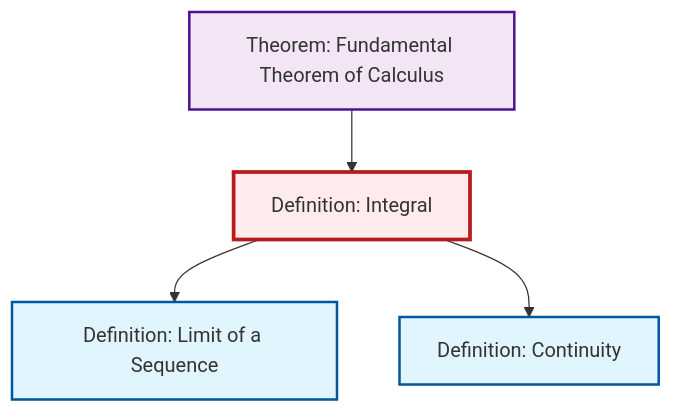
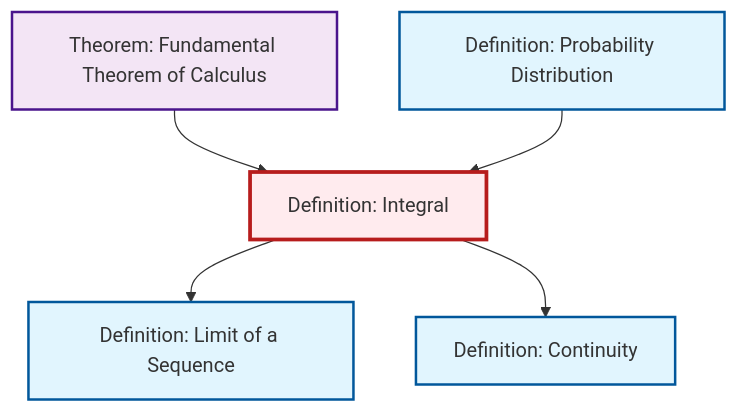
Before and after one commit to RK0429/ModernMath: the diagram in content/ja/analysis/def-integral.qmd, drawn with Mermaid. The commit also changed 634 other files, not shown here.

````diff
--- a/content/ja/analysis/def-integral.qmd
+++ b/content/ja/analysis/def-integral.qmd
@@ -82,20 +82,23 @@
 ```{mermaid}
 %%| fig-cap: "Local dependency graph"
 graph TD
     classDef definition fill:#e1f5fe,stroke:#01579b,stroke-width:2px
     classDef theorem fill:#f3e5f5,stroke:#4a148c,stroke-width:2px
     classDef axiom fill:#fff3e0,stroke:#e65100,stroke-width:2px
     classDef example fill:#e8f5e9,stroke:#1b5e20,stroke-width:2px
     classDef current fill:#ffebee,stroke:#b71c1c,stroke-width:3px
     def-continuity["Definition: Continuity"]:::definition
+    def-probability-distribution["Definition: Probability Distribution"]:::definition
     def-integral["Definition: Integral"]:::definition
+    def-limit["Definition: Limit of a Sequence"]:::definition
     thm-fundamental-calculus["Theorem: Fundamental Theorem of Calculus"]:::theorem
-    def-limit["Definition: Limit of a Sequence"]:::definition
+    thm-fundamental-calculus --> def-integral
     def-integral --> def-limit
+    def-probability-distribution --> def-integral
     def-integral --> def-continuity
-    thm-fundamental-calculus --> def-integral
     class def-integral current
     click def-continuity "def-continuity.html" "Definition: Continuityへ"
+    click def-probability-distribution "def-probability-distribution.html" "Definition: Probability Distributionへ"
+    click def-limit "def-limit.html" "Definition: Limit of a Sequenceへ"
     click thm-fundamental-calculus "thm-fundamental-calculus.html" "Theorem: Fundamental Theorem of Calculusへ"
-    click def-limit "def-limit.html" "Definition: Limit of a Sequenceへ"
 ```
````
